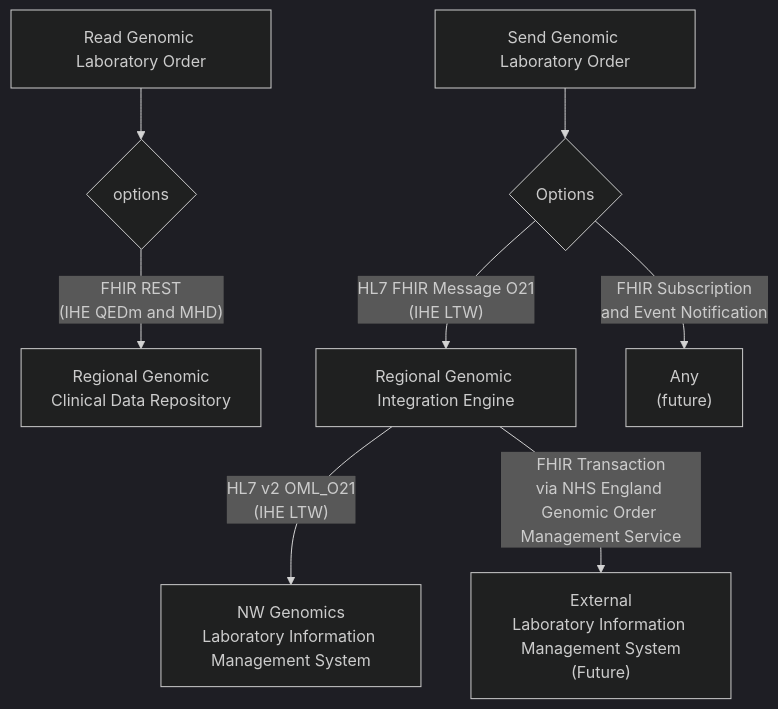
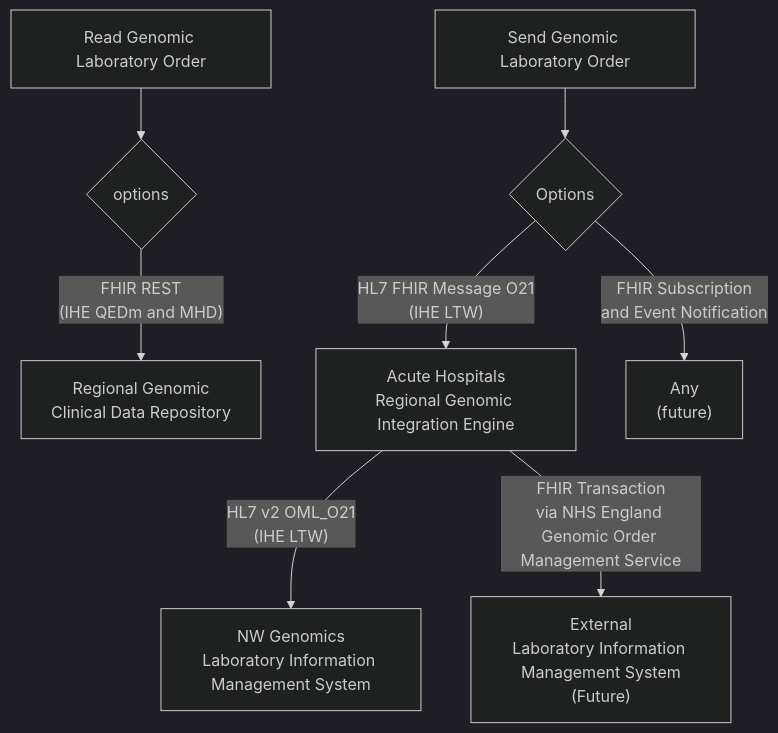
Before and after one commit to uk-gov-mirror/nw-gmsa.nw-gmsa.github.com: the third of 3 diagrams in input/pagecontent/index.md, drawn with Mermaid (dark theme). The commit also changed other lines of this file, not shown here.

Commit message:
Genomic Test Order and Report Example Scenario

````diff
--- a/input/pagecontent/index.md
+++ b/input/pagecontent/index.md
@@ -95,12 +95,12 @@
 ```mermaid
 graph TD;
     Read[Read Genomic Laboratory Order]-->O
     O{options} --> |"FHIR REST<br/>(IHE QEDm and MHD)"| CDR[Regional Genomic<br/> Clinical Data Repository]
 
     Receive[Send Genomic Laboratory Order] --> OR{Options}
    
-    OR --> |"HL7 FHIR Message O21<br/>(IHE LTW)"| RIE[Regional Genomic Integration Engine] 
+    OR --> |"HL7 FHIR Message O21<br/>(IHE LTW)"| RIE[Acute Hospitals<br/>Regional Genomic Integration Engine] 
     OR --> |FHIR Subscription <br/> and Event Notification| Any["Any <br/>(future)"]
     RIE --> |"HL7 v2 OML_O21<br/>(IHE LTW)"| EHRTIE[NW Genomics<br/>Laboratory Information Management System] 
     RIE --> |"FHIR Transaction<br/>via NHS England Genomic Order Management Service"| GOMS["External<br/>Laboratory Information Management System<br/>(Future)"] 
 ```
````
